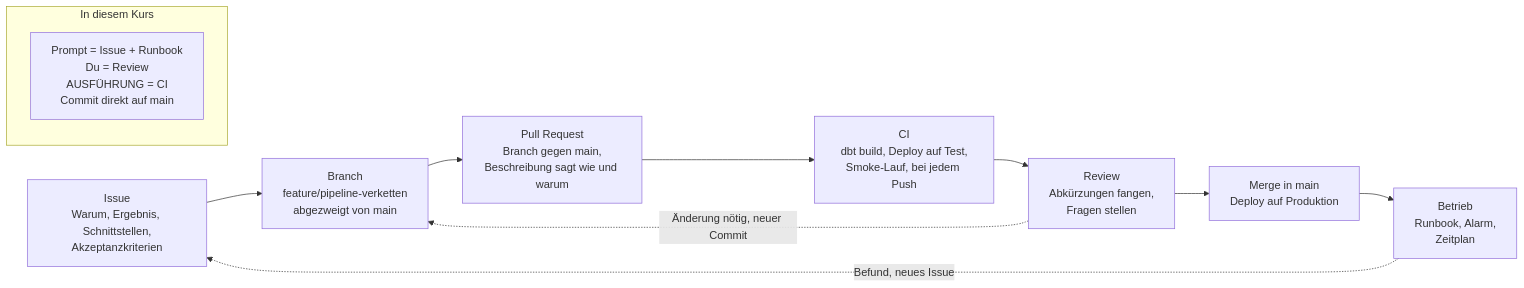
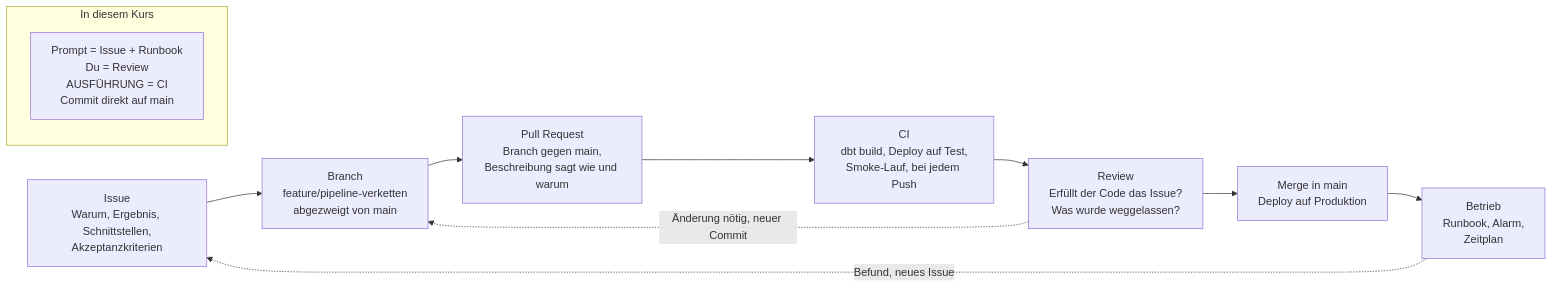
Before and after one commit to vp-82/daeng-hs26-gcp: the diagram in docs/SPEC-IM-TEAM.md, drawn with Mermaid. The commit also changed other lines of this file, not shown here.

First line of the commit message:
Spezifikation im Team: Review als zwei Fragen

````diff
--- a/docs/SPEC-IM-TEAM.md
+++ b/docs/SPEC-IM-TEAM.md
@@ -10,16 +10,16 @@
 ```mermaid
 flowchart LR
   I["Issue<br/>Warum, Ergebnis, Schnittstellen,<br/>Akzeptanzkriterien"]
   B["Branch<br/>feature/pipeline-verketten<br/>abgezweigt von main"]
   PR["Pull Request<br/>Branch gegen main,<br/>Beschreibung sagt wie und warum"]
-  RV["Review<br/>Abkürzungen fangen,<br/>Fragen stellen"]
+  RV["Review<br/>Erfüllt der Code das Issue?<br/>Was wurde weggelassen?"]
   CI["CI<br/>dbt build, Deploy auf Test,<br/>Smoke-Lauf, bei jedem Push"]
   MG["Merge in main<br/>Deploy auf Produktion"]
   OP["Betrieb<br/>Runbook, Alarm,<br/>Zeitplan"]
   I --> B --> PR --> CI --> RV --> MG --> OP
   RV -. Änderung nötig, neuer Commit .-> B
   OP -. Befund, neues Issue .-> I
   subgraph K["In diesem Kurs"]
     P["Prompt = Issue + Runbook<br/>Du = Review<br/>AUSFÜHRUNG = CI<br/>Commit direkt auf main"]
   end
 ```
````
